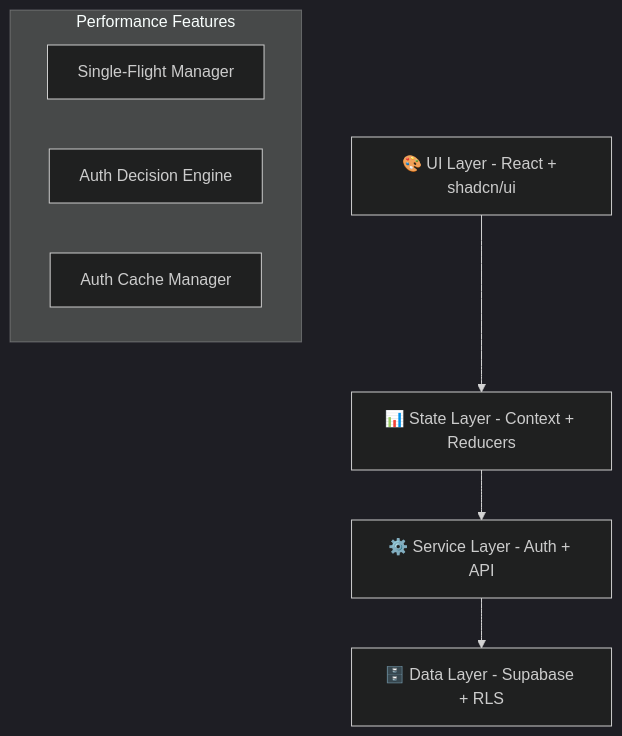
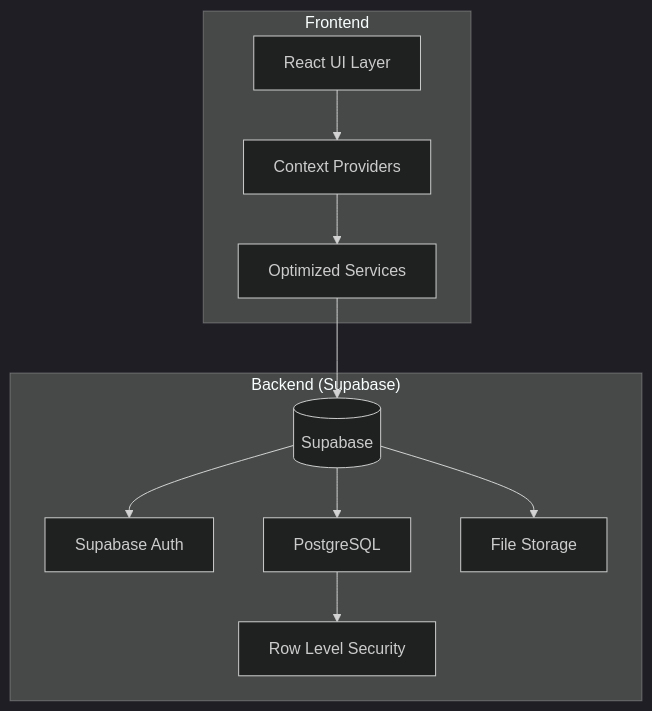
Before and after one commit to jeffgoval/lux: the first of 2 diagrams in WARP.md, drawn with Mermaid (dark theme). The commit also changed other lines of this file and 604 other files, not shown here.

````diff
--- a/WARP.md
+++ b/WARP.md
@@ -84,17 +80,30 @@
 ```mermaid
 graph TB
-    UI[🎨 UI Layer - React + shadcn/ui]
-    STATE[📊 State Layer - Context + Reducers]
-    SERVICE[⚙️ Service Layer - Auth + API]
-    DATA[🗄️ Data Layer - Supabase + RLS]
+    UI[React UI Layer]
+    Context[Context Providers]
+    Services[Optimized Services]
+    Supabase[(Supabase)]
     
-    UI --> STATE
-    STATE --> SERVICE
-    SERVICE --> DATA
+    UI --> Context
+    Context --> Services
+    Services --> Supabase
     
-    subgraph "Performance Features"
-        SF[Single-Flight Manager]
-        AUTH_ENGINE[Auth Decision Engine]
-        CACHE[Auth Cache Manager]
+    subgraph "Frontend"
+        UI
+        Context
+        Services
     end
+    
+    subgraph "Backend (Supabase)"
+        Supabase
+        Auth[Supabase Auth]
+        DB[PostgreSQL]
+        Storage[File Storage]
+        RLS[Row Level Security]
+    end
+    
+    Supabase --> Auth
+    Supabase --> DB
+    Supabase --> Storage
+    DB --> RLS
 ```
````
